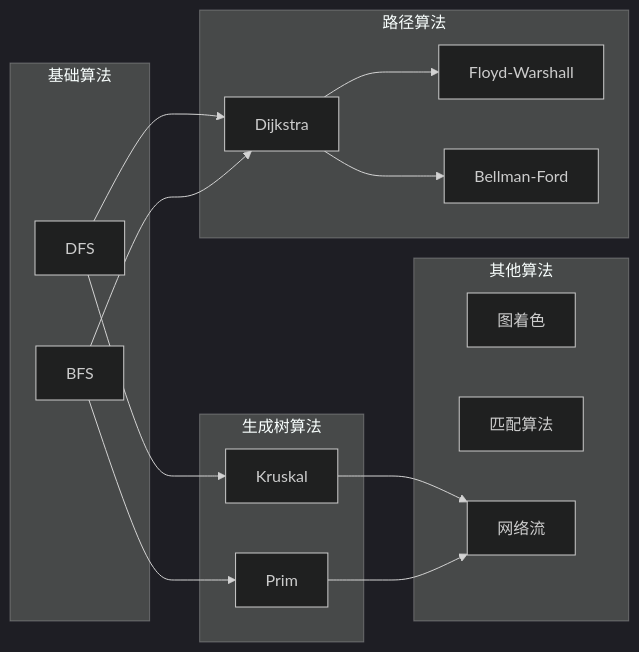
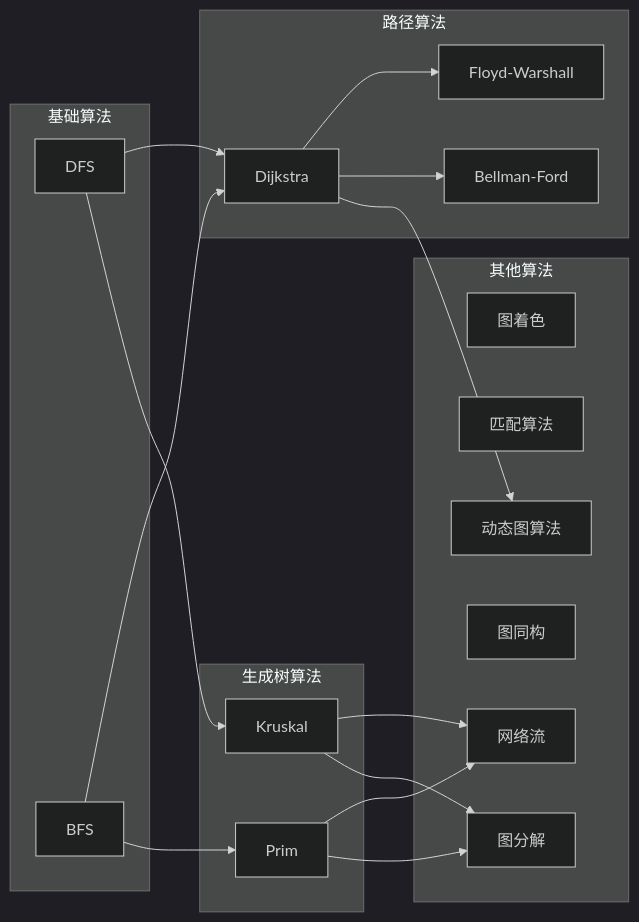
Before and after one commit to AdaMartin18010/GraphNetWorkCommunicate: diagram 15 of 15 in docs/01-图论基础/思维表征工具-图论基础.md, drawn with Mermaid (dark theme). The commit also changed other lines of this file and 32 other files, not shown here.

````diff
--- a/docs/01-图论基础/思维表征工具-图论基础.md
+++ b/docs/01-图论基础/思维表征工具-图论基础.md
@@ -436,33 +4512,39 @@
 ```mermaid
 graph LR
     subgraph "基础算法"
         A[DFS]
         B[BFS]
     end
 
     subgraph "路径算法"
         C[Dijkstra]
         D[Floyd-Warshall]
         E[Bellman-Ford]
     end
 
     subgraph "生成树算法"
         F[Kruskal]
         G[Prim]
     end
 
     subgraph "其他算法"
         H[图着色]
         I[匹配算法]
         J[网络流]
+        K[图同构]
+        L[图分解]
+        M[动态图算法]
     end
 
     A --> C
     B --> C
     A --> F
     B --> G
     C --> D
     C --> E
+    C --> M
     F --> J
     G --> J
+    F --> L
+    G --> L
 ```
````
